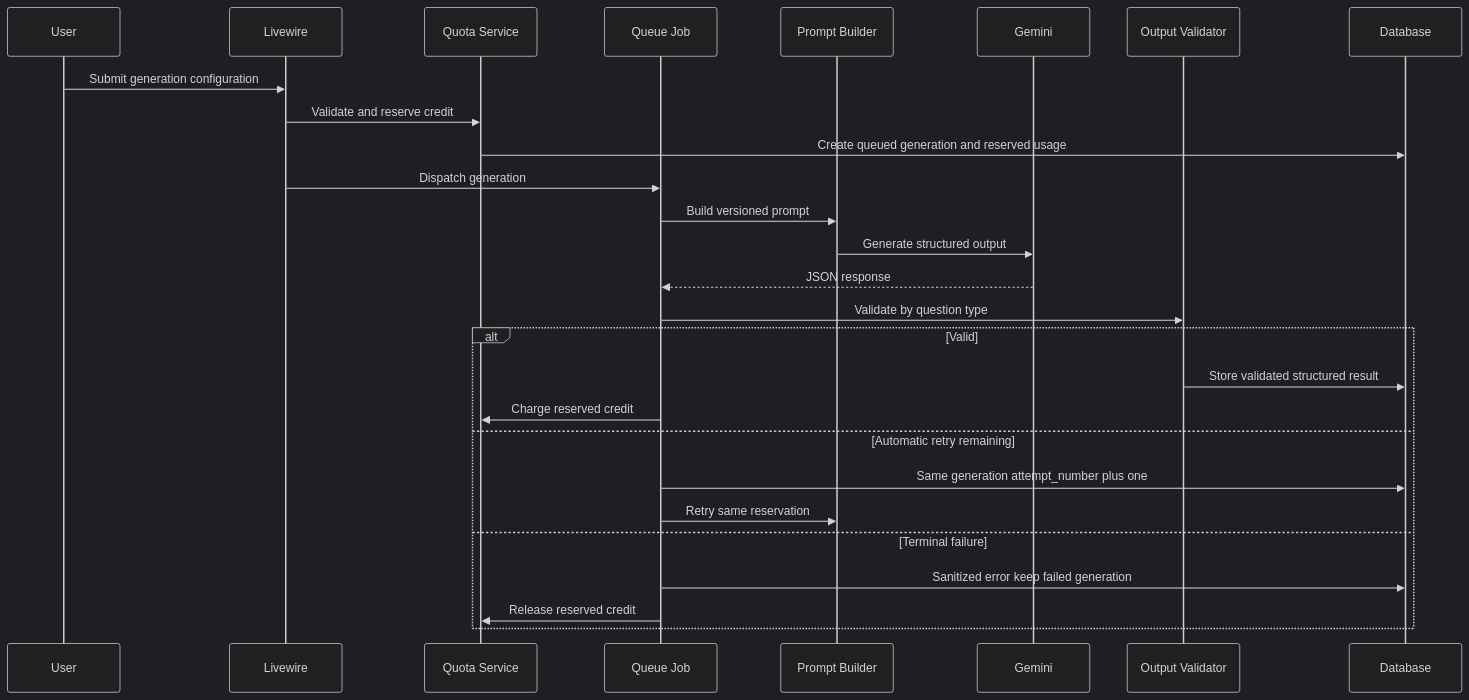
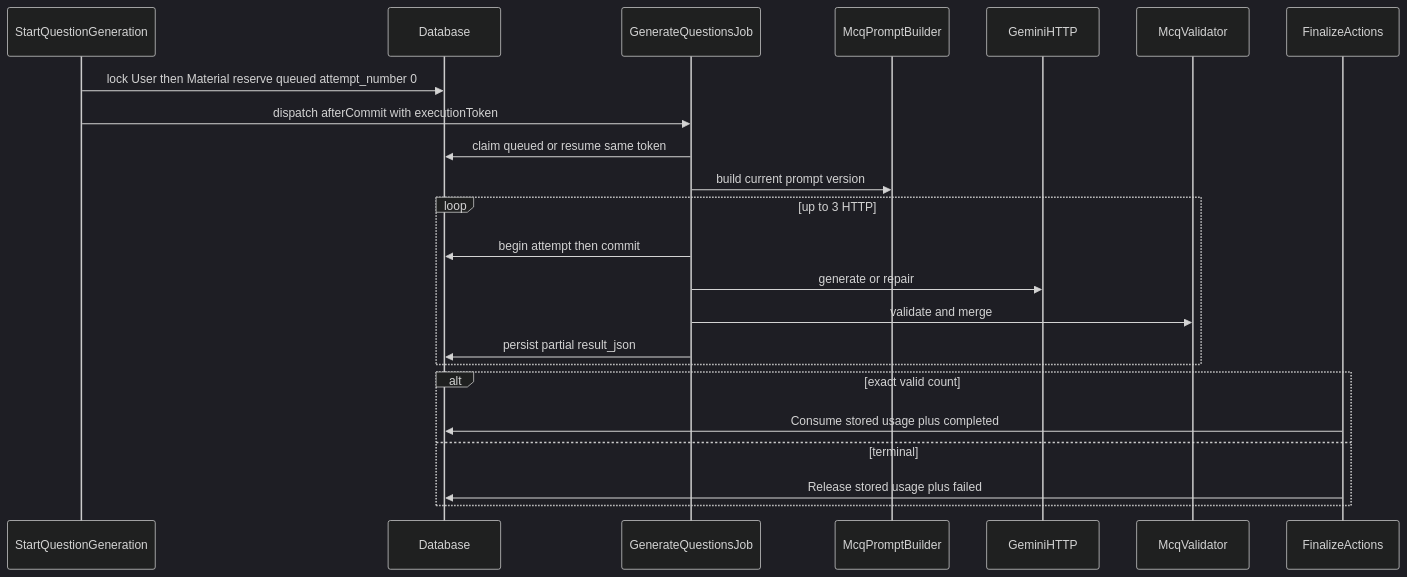
One commit to 1aghismuhammad/Quiestion-Bank- changed the second of 2 diagrams in docs/design/DESIGN.md. Above: the diagram before and after it, drawn with Mermaid (dark theme). The commit also changed other lines of this file and 67 other files, not shown here.

Commit message:
feat: add Gemini provider and async generation orchestration

````diff
--- a/docs/design/DESIGN.md
+++ b/docs/design/DESIGN.md
@@ -145,30 +145,26 @@
 ```mermaid
 sequenceDiagram
-    participant U as User
-    participant L as Livewire
-    participant Q as Quota Service
-    participant J as Queue Job
-    participant P as Prompt Builder
-    participant G as Gemini
-    participant V as Output Validator
-    participant D as Database
+    participant Start as StartQuestionGeneration
+    participant DB as Database
+    participant Job as GenerateQuestionsJob
+    participant P as McqPromptBuilder
+    participant G as GeminiHTTP
+    participant V as McqValidator
+    participant Fin as FinalizeActions
 
-    U->>L: Submit generation configuration
-    L->>Q: Validate and reserve credit
-    Q->>D: Create queued generation and reserved usage
-    L->>J: Dispatch generation
-    J->>P: Build versioned prompt
-    P->>G: Generate structured output
-    G-->>J: JSON response
-    J->>V: Validate by question type
-    alt Valid
-        V->>D: Store validated structured result
-        J->>Q: Charge reserved credit
-    else Automatic retry remaining
-        J->>D: Same generation attempt_number plus one
-        J->>P: Retry same reservation
-    else Terminal failure
-        J->>D: Sanitized error keep failed generation
-        J->>Q: Release reserved credit
+    Start->>DB: lock User then Material reserve queued attempt_number 0
+    Start->>Job: dispatch afterCommit with executionToken
+    Job->>DB: claim queued or resume same token
+    Job->>P: build current prompt version
+    loop up to 3 HTTP
+        Job->>DB: begin attempt then commit
+        Job->>G: generate or repair
+        Job->>V: validate and merge
+        Job->>DB: persist partial result_json
+    end
+    alt exact valid count
+        Fin->>DB: Consume stored usage plus completed
+    else terminal
+        Fin->>DB: Release stored usage plus failed
     end
 ```
````
